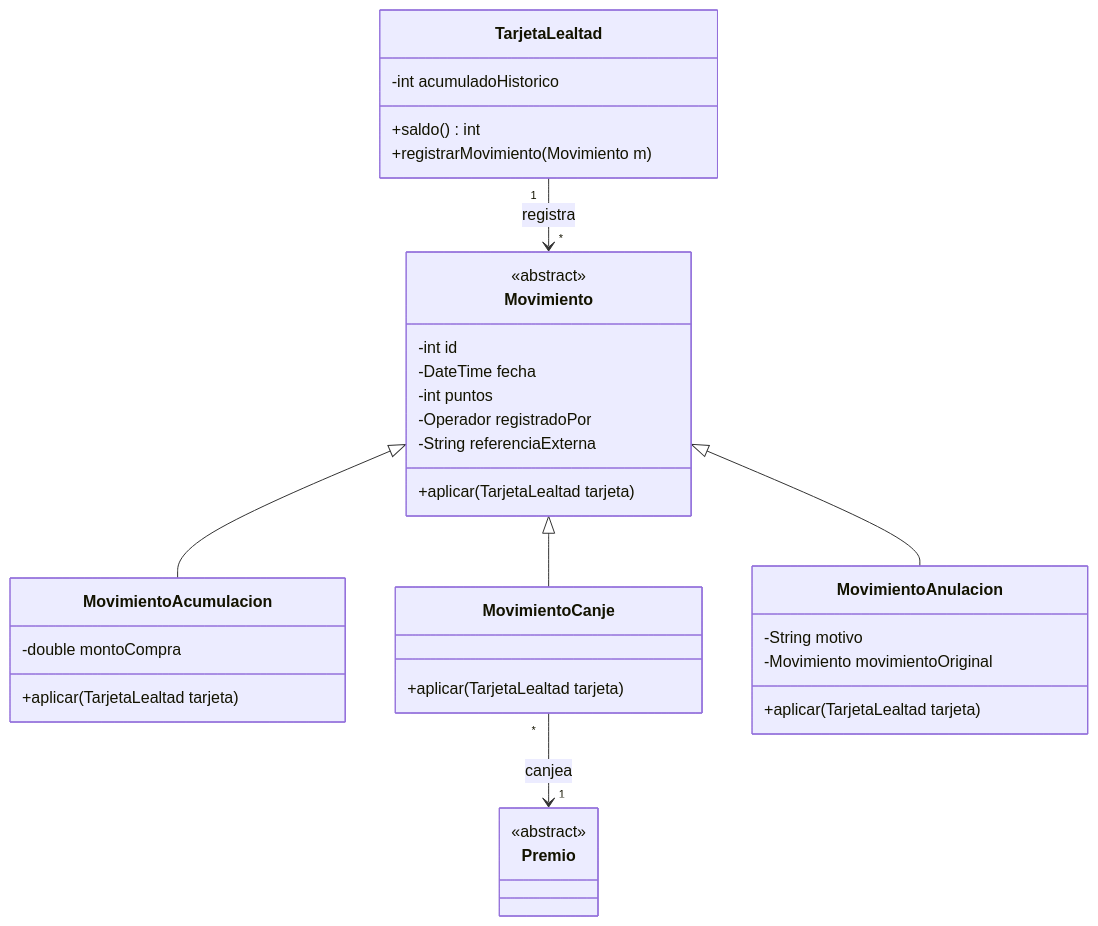
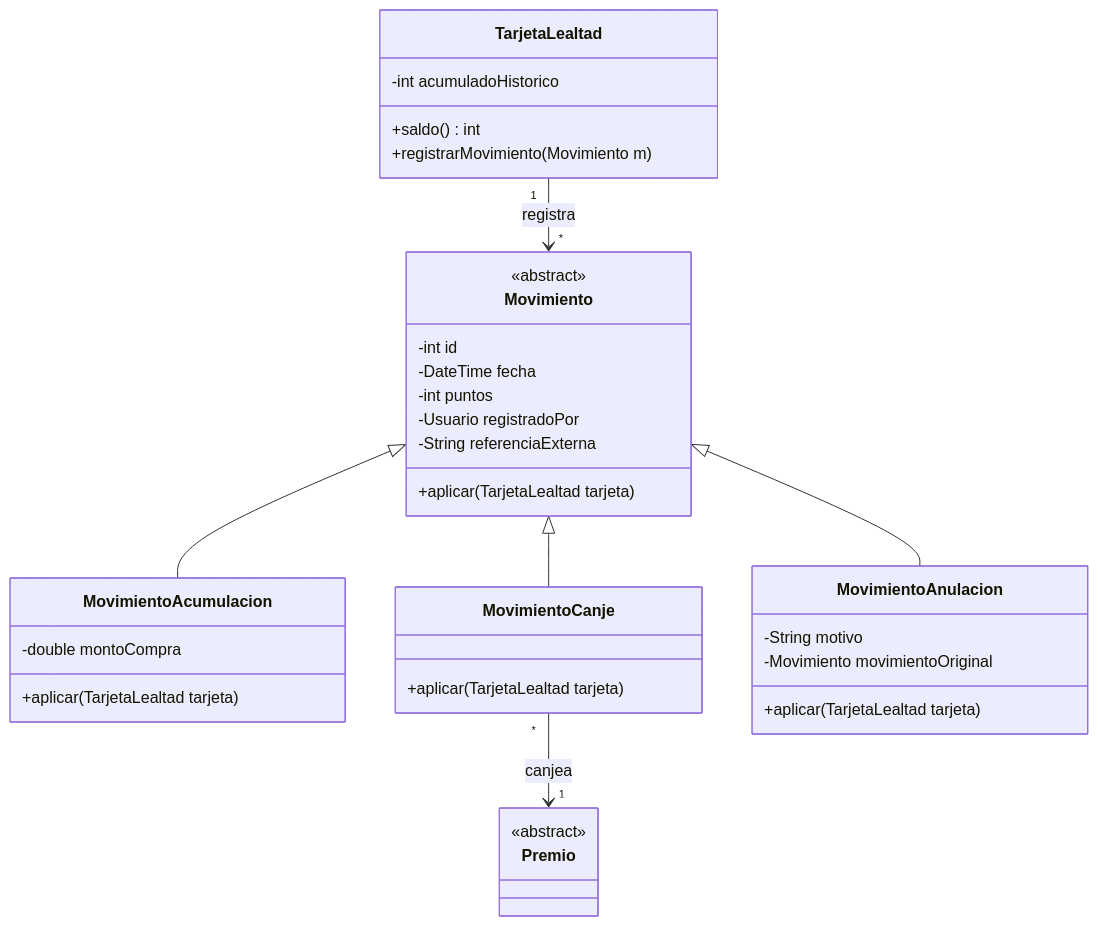
One commit to Salazarbru/loyaltyaccess changed the second of 6 diagrams in docs/artefactos/diagramas de clases.md. Above: the diagram before and after it, drawn with Mermaid. The commit also changed other lines of this file and 10 other files, not shown here.

````diff
--- a/docs/artefactos/diagramas de clases.md
+++ b/docs/artefactos/diagramas de clases.md
@@ -115,38 +118,38 @@
 ```mermaid
 classDiagram
     class TarjetaLealtad {
         -int acumuladoHistorico
         +saldo() int
         +registrarMovimiento(Movimiento m)
     }
     class Movimiento {
         <<abstract>>
         -int id
         -DateTime fecha
         -int puntos
-        -Operador registradoPor
+        -Usuario registradoPor
         -String referenciaExterna
         +aplicar(TarjetaLealtad tarjeta)
     }
     class MovimientoAcumulacion {
         -double montoCompra
         +aplicar(TarjetaLealtad tarjeta)
     }
     class MovimientoCanje {
         +aplicar(TarjetaLealtad tarjeta)
     }
     class MovimientoAnulacion {
         -String motivo
         -Movimiento movimientoOriginal
         +aplicar(TarjetaLealtad tarjeta)
     }
     class Premio {
         <<abstract>>
     }
 
     Movimiento <|-- MovimientoAcumulacion
     Movimiento <|-- MovimientoCanje
     Movimiento <|-- MovimientoAnulacion
     TarjetaLealtad "1" --> "*" Movimiento : registra
     MovimientoCanje "*" --> "1" Premio : canjea
 ```
````
